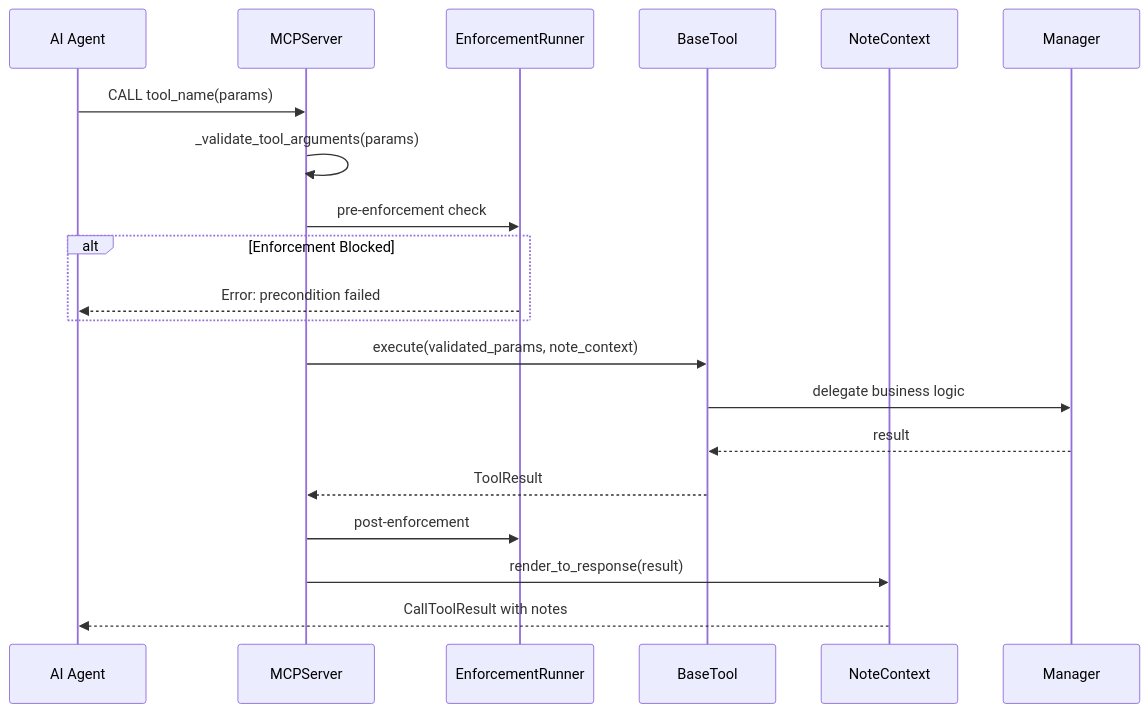
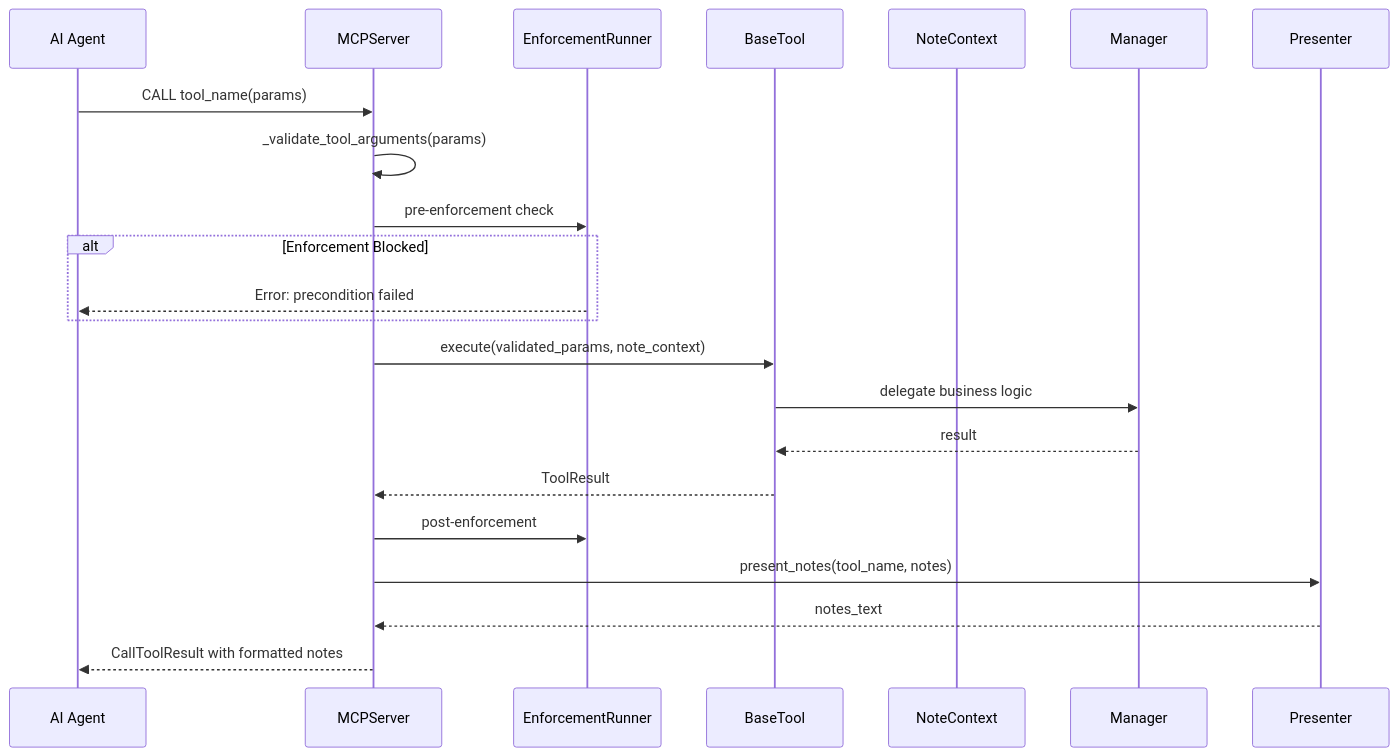
Before and after one commit to MikeyVK/phase-gate-mcp: the third of 4 diagrams in docs/mcp_server/ARCHITECTURE.md, drawn with Mermaid. The commit also changed other lines of this file and 6 other files, not shown here.

````diff
--- a/docs/mcp_server/ARCHITECTURE.md
+++ b/docs/mcp_server/ARCHITECTURE.md
@@ -458,26 +458,27 @@
 ```mermaid
 sequenceDiagram
     participant Agent as AI Agent
     participant Server as MCPServer
     participant Enforce as EnforcementRunner
     participant Tool as BaseTool
     participant Notes as NoteContext
     participant Manager as Manager
 
     Agent->>Server: CALL tool_name(params)
     Server->>Server: _validate_tool_arguments(params)
     Server->>Enforce: pre-enforcement check
 
     alt Enforcement Blocked
         Enforce-->>Agent: Error: precondition failed
     end
 
     Server->>Tool: execute(validated_params, note_context)
     Tool->>Manager: delegate business logic
     Manager-->>Tool: result
     Tool-->>Server: ToolResult
 
     Server->>Enforce: post-enforcement
-    Server->>Notes: render_to_response(result)
-    Notes-->>Agent: CallToolResult with notes
+    Server->>Presenter: present_notes(tool_name, notes)
+    Presenter-->>Server: notes_text
+    Server-->>Agent: CallToolResult with formatted notes
 ```
````
